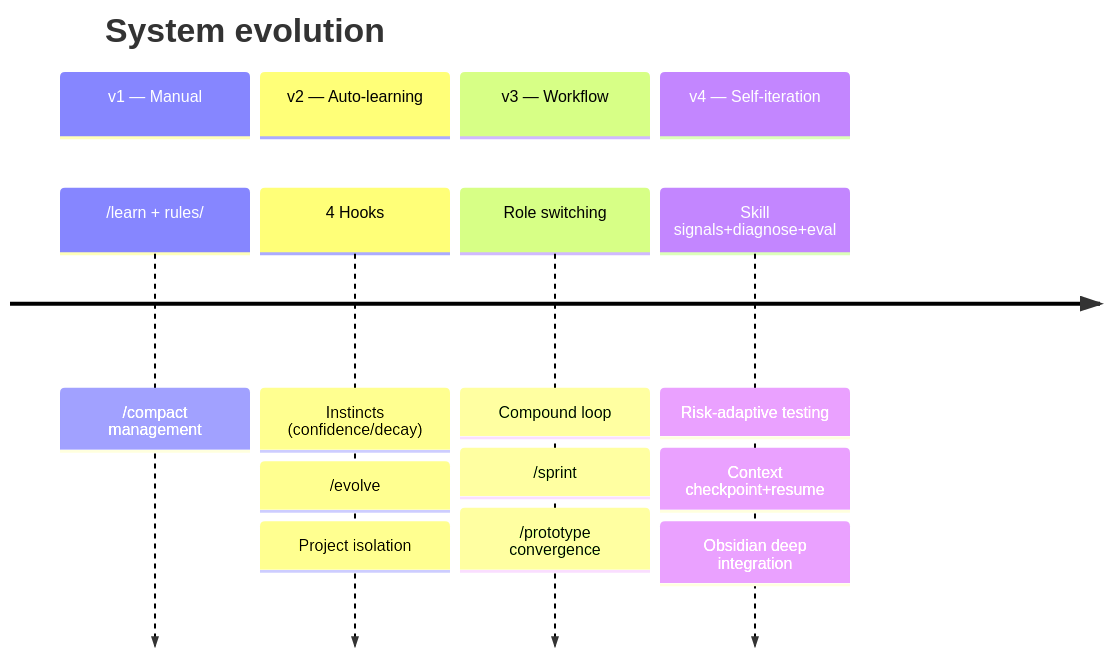
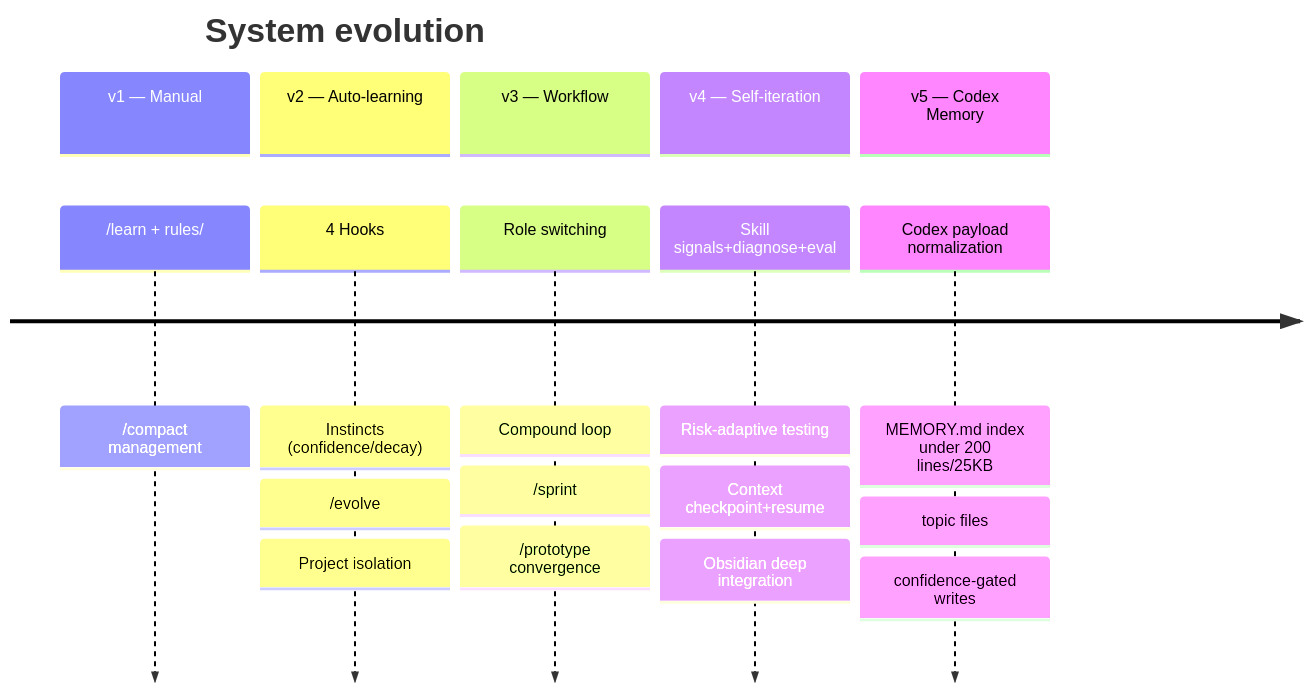
One commit to songuu/tech-persistence changed the sixth of 6 diagrams in README.md. Above: the diagram before and after it, drawn with Mermaid. The commit also changed other lines of this file and 27 other files, not shown here.

````diff
--- a/README.md
+++ b/README.md
@@ -493,12 +506,14 @@
 ```mermaid
 timeline
     title System evolution
     section v1 — Manual
       /learn + rules/ : /compact management
     section v2 — Auto-learning
       4 Hooks : Instincts (confidence/decay) : /evolve : Project isolation
     section v3 — Workflow
       Role switching : Compound loop : /sprint : /prototype convergence
     section v4 — Self-iteration
       Skill signals+diagnose+eval : Risk-adaptive testing : Context checkpoint+resume : Obsidian deep integration
+    section v5 — Codex Memory
+      Codex payload normalization : MEMORY.md index under 200 lines/25KB : topic files : confidence-gated writes
 ```
````
